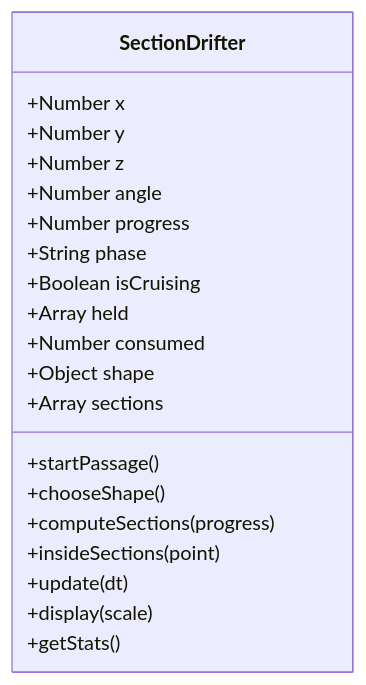
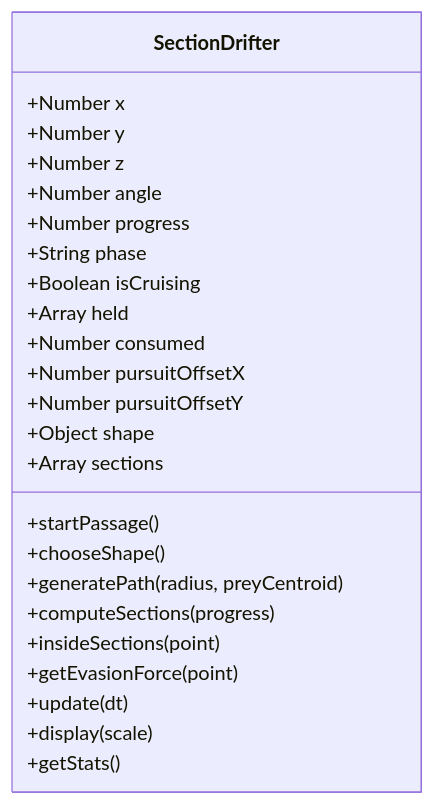
Before and after one commit to Diamond-0424/programming: the diagram in m2-species/notes.md, drawn with Mermaid. The commit also changed other lines of this file and 3 other files, not shown here.

````diff
--- a/m2-species/notes.md
+++ b/m2-species/notes.md
@@ -62,23 +72,27 @@
 ```mermaid
 classDiagram
     class SectionDrifter {
         +Number x
         +Number y
         +Number z
         +Number angle
         +Number progress
         +String phase
         +Boolean isCruising
         +Array held
         +Number consumed
+        +Number pursuitOffsetX
+        +Number pursuitOffsetY
         +Object shape
         +Array sections
         +startPassage()
         +chooseShape()
+        +generatePath(radius, preyCentroid)
         +computeSections(progress)
         +insideSections(point)
+        +getEvasionForce(point)
         +update(dt)
         +display(scale)
         +getStats()
     }
 ```
````
